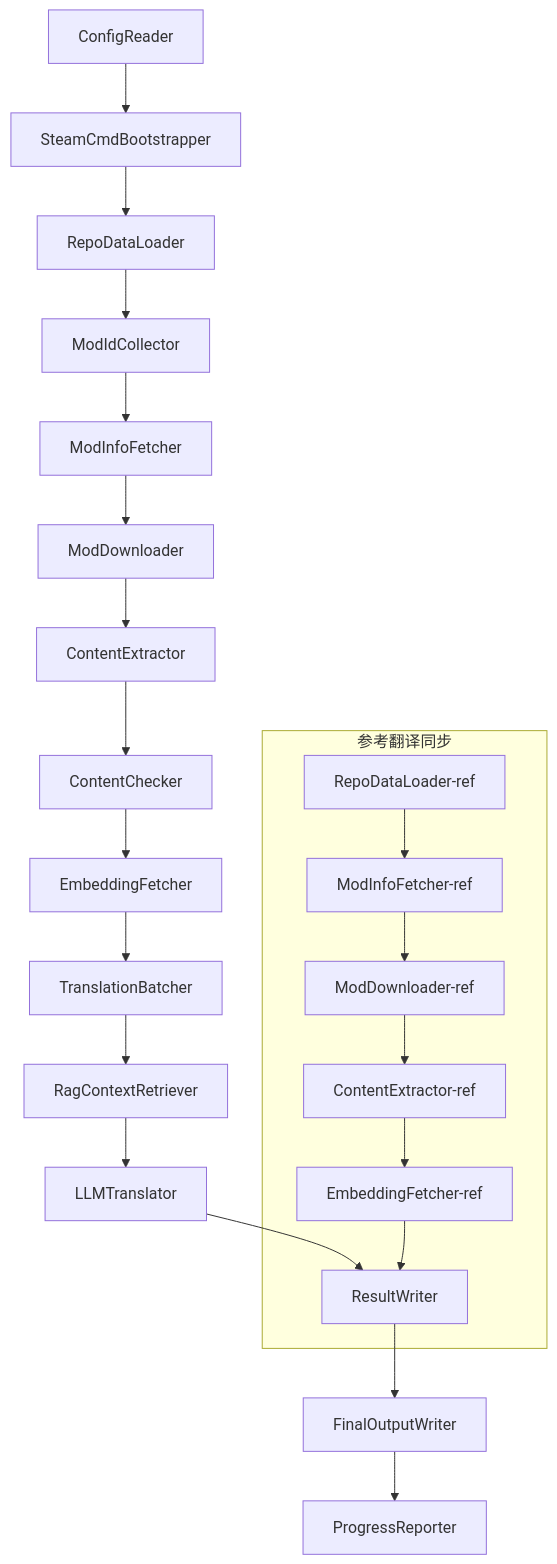
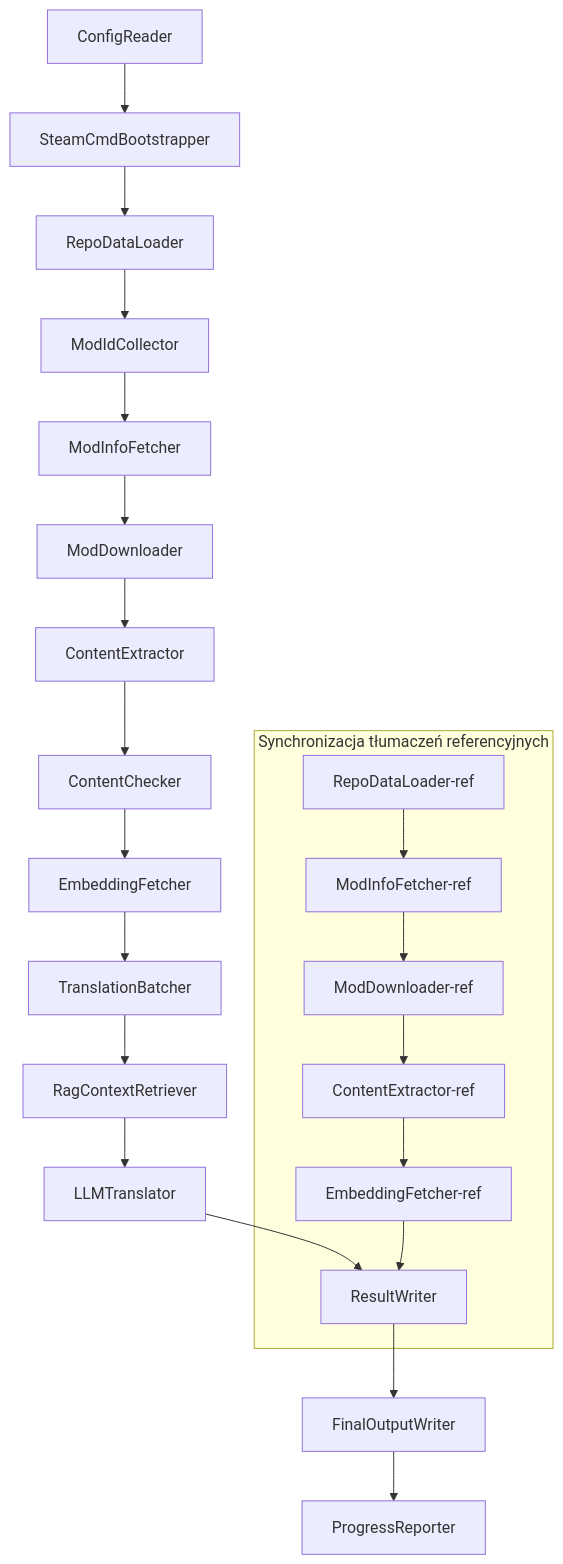
One commit to PZProjectBabel/project_babel changed the diagram in docs/technical_reference/technical_reference_pl.md. Above: the diagram before and after it, drawn with Mermaid. The commit also changed other lines of this file and 90 other files, not shown here.

````diff
--- a/docs/technical_reference/technical_reference_pl.md
+++ b/docs/technical_reference/technical_reference_pl.md
@@ -125,25 +128,25 @@
 ```mermaid
 flowchart TD
   A[ConfigReader] --> B[SteamCmdBootstrapper]
   B --> C[RepoDataLoader]
   C --> D[ModIdCollector]
   D --> E[ModInfoFetcher]
   E --> F[ModDownloader]
   F --> G[ContentExtractor]
   G --> H[ContentChecker]
   H --> I[EmbeddingFetcher]
   I --> J[TranslationBatcher]
   J --> K[RagContextRetriever]
   K --> L[LLMTranslator]
   L --> M[ResultWriter]
   M --> N[FinalOutputWriter]
   N --> O[ProgressReporter]
 
-    subgraph 参考翻译同步
+subgraph Synchronizacja tłumaczeń referencyjnych
         C2[RepoDataLoader-ref] --> E2[ModInfoFetcher-ref]
         E2 --> F2[ModDownloader-ref]
         F2 --> G2[ContentExtractor-ref]
         G2 --> I2[EmbeddingFetcher-ref]
         I2 --> M
     end
 ```
````
